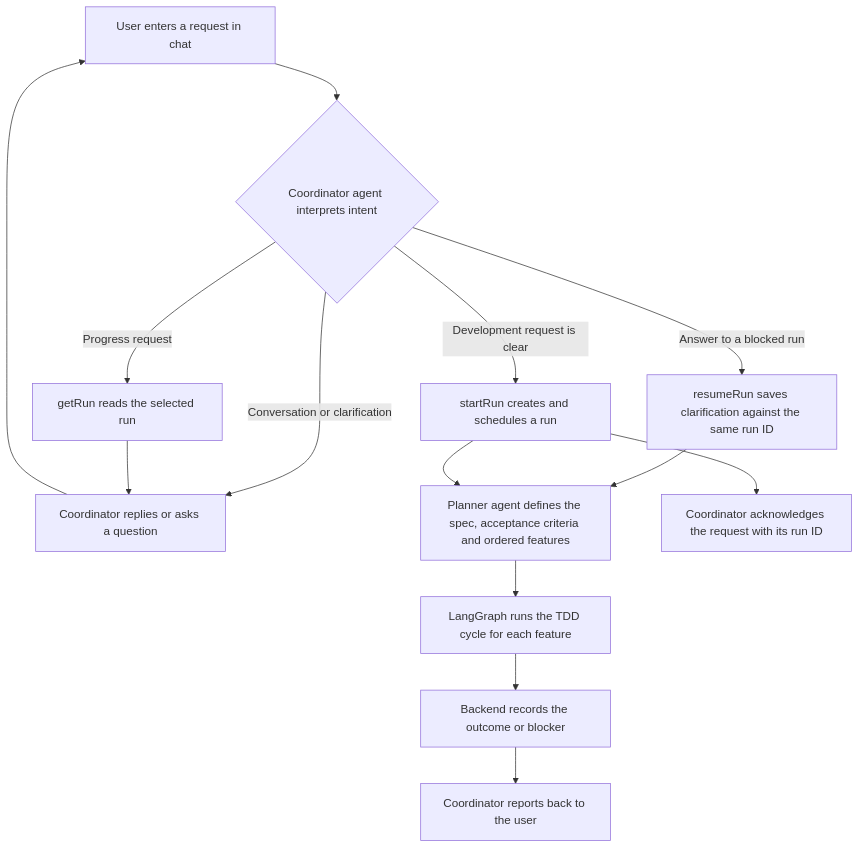
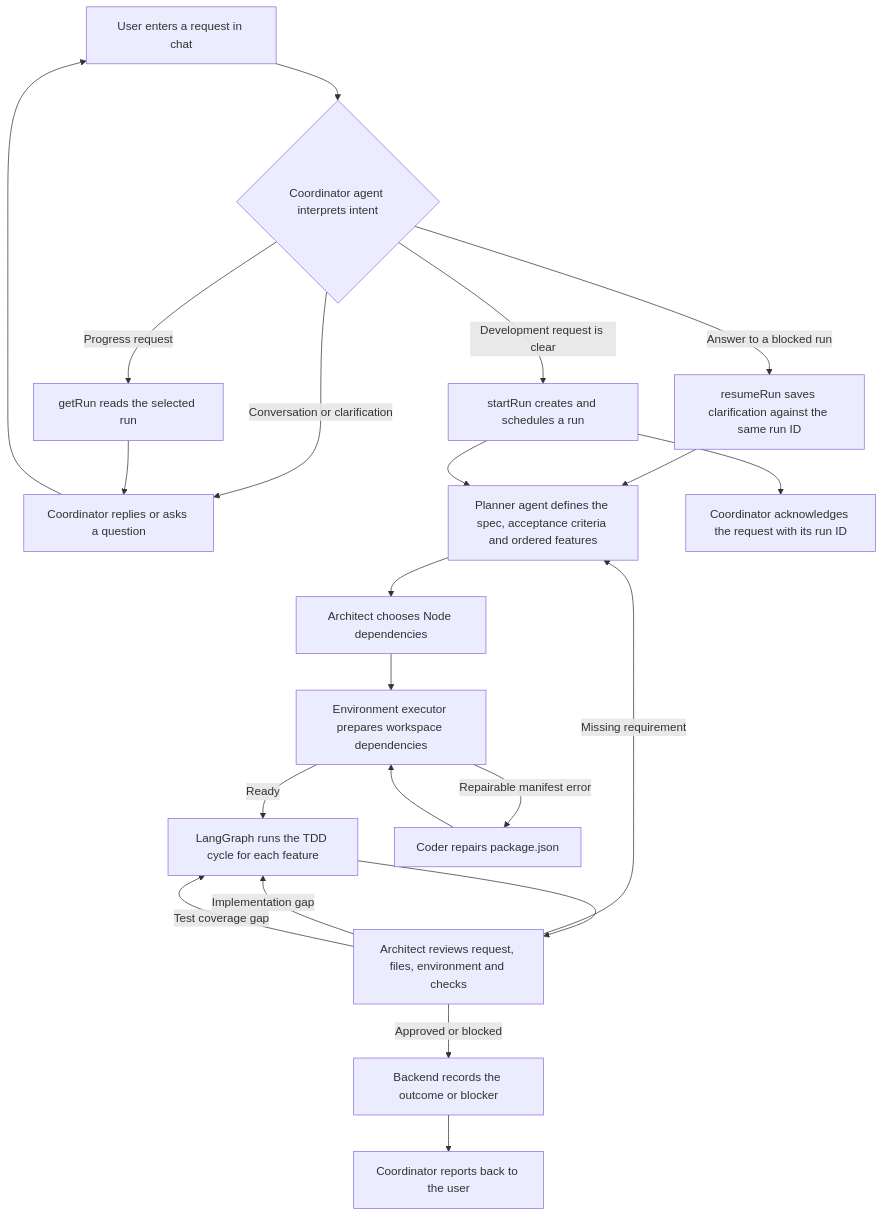
Before and after one commit to Oceankj/AI-Coder: the first of 2 diagrams in docs/coordinator-tdd.md, drawn with Mermaid. The commit also changed other lines of this file and 35 other files, not shown here.

Commit message:
Add architecture review and managed test environments

````diff
--- a/docs/coordinator-tdd.md
+++ b/docs/coordinator-tdd.md
@@ -8,16 +8,24 @@
 ```mermaid
 flowchart TD
     user["User enters a request in chat"] --> coord{"Coordinator agent interprets intent"}
     coord -->|"Conversation or clarification"| reply["Coordinator replies or asks a question"]
     reply --> user
     coord -->|"Progress request"| query["getRun reads the selected run"]
     query --> reply
     coord -->|"Answer to a blocked run"| resume["resumeRun saves clarification against the same run ID"]
     resume --> plan
     coord -->|"Development request is clear"| start["startRun creates and schedules a run"]
     start --> ack["Coordinator acknowledges the request with its run ID"]
     start --> plan["Planner agent defines the spec, acceptance criteria and ordered features"]
-    plan --> loop["LangGraph runs the TDD cycle for each feature"]
-    loop --> result["Backend records the outcome or blocker"]
+    plan --> architect["Architect chooses Node dependencies"]
+    architect --> setup["Environment executor prepares workspace dependencies"]
+    setup -->|"Ready"| loop["LangGraph runs the TDD cycle for each feature"]
+    setup -->|"Repairable manifest error"| config["Coder repairs package.json"]
+    config --> setup
+    loop --> acceptance["Architect reviews request, files, environment and checks"]
+    acceptance -->|"Missing requirement"| plan
+    acceptance -->|"Implementation gap"| loop
+    acceptance -->|"Test coverage gap"| loop
+    acceptance -->|"Approved or blocked"| result["Backend records the outcome or blocker"]
     result --> notify["Coordinator reports back to the user"]
 ```
````
